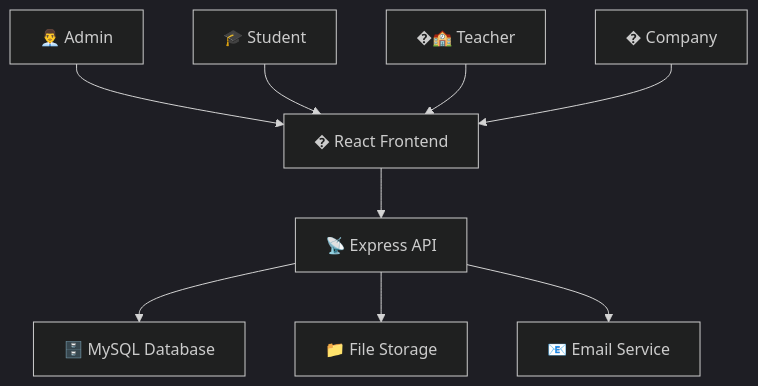
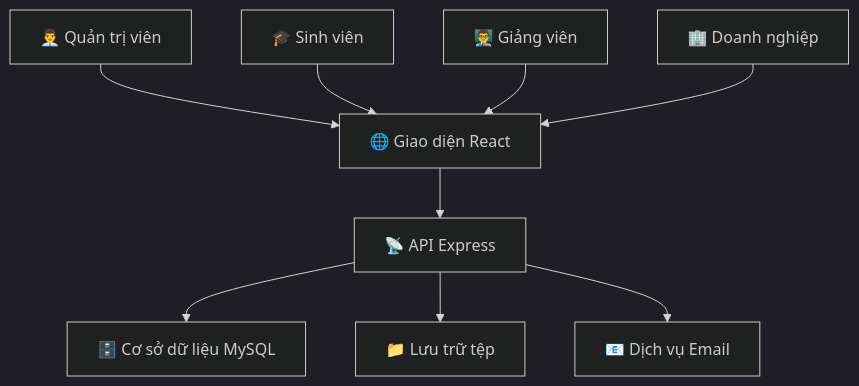
Before and after one commit to lamngoctuu18/chuyen_doi_so1: the diagram in README.md, drawn with Mermaid (dark theme). The commit also changed other lines of this file, not shown here.

````diff
--- a/README.md
+++ b/README.md
@@ -99,12 +88,12 @@
 ```mermaid
 graph TB
-    A[� React Frontend] --> B[📡 Express API]
-    B --> C[🗄️ MySQL Database]
-    B --> D[📁 File Storage]
-    B --> E[📧 Email Service]
+    A[🌐 Giao diện React] --> B[📡 API Express]
+    B --> C[🗄️ Cơ sở dữ liệu MySQL]
+    B --> D[📁 Lưu trữ tệp]
+    B --> E[📧 Dịch vụ Email]
     
-    F[👨‍💼 Admin] --> A
-    G[🎓 Student] --> A  
-    H[�‍🏫 Teacher] --> A
-    I[� Company] --> A
+    F[👨‍💼 Quản trị viên] --> A
+    G[🎓 Sinh viên] --> A  
+    H[👨‍🏫 Giảng viên] --> A
+    I[🏢 Doanh nghiệp] --> A
 ```
````
